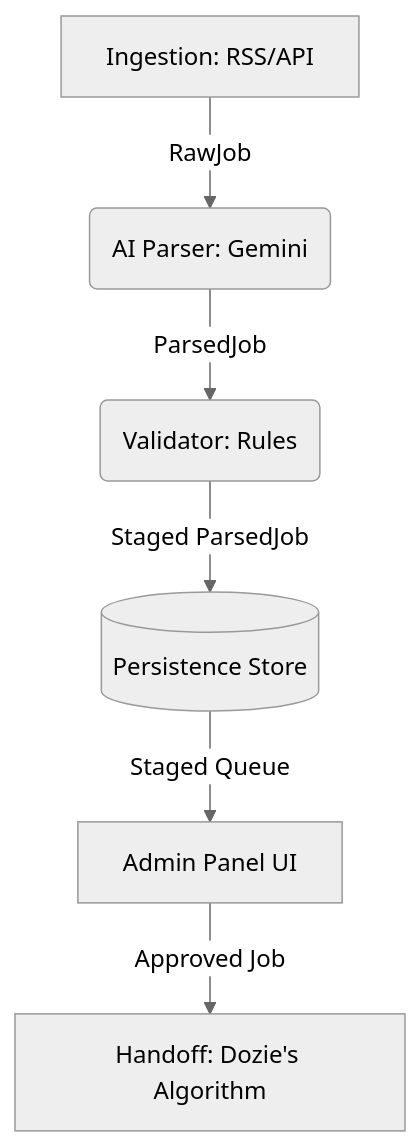
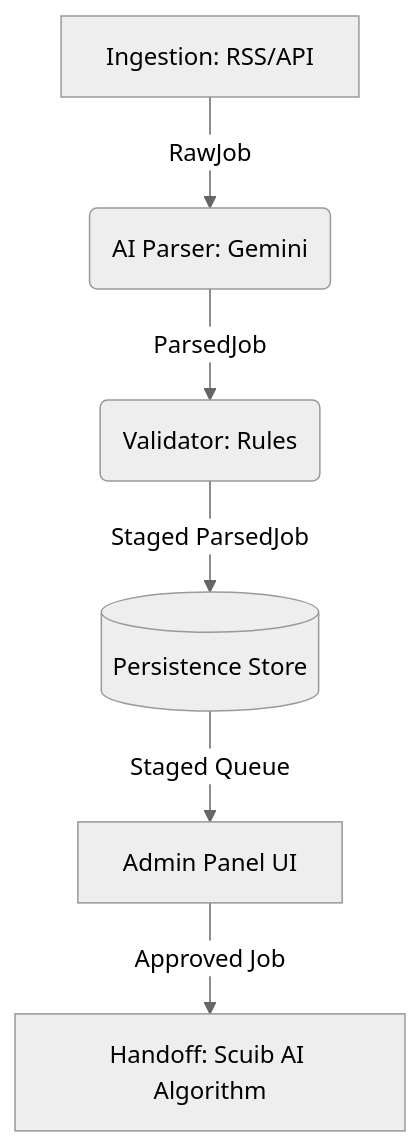
Before and after one commit to Scuib/ScuibJobsAi: the diagram in README.md, drawn with Mermaid (neutral theme). The commit also changed other lines of this file, not shown here.

Commit message:
readme update

````diff
--- a/README.md
+++ b/README.md
@@ -11,8 +11,8 @@
 ```mermaid
 graph TD
     A[Ingestion: RSS/API] -->|RawJob| B(AI Parser: Gemini)
     B -->|ParsedJob| C(Validator: Rules)
     C -->|Staged ParsedJob| D[(Persistence Store)]
     D -->|Staged Queue| E[Admin Panel UI]
-    E -->|Approved Job| F[Handoff: Dozie's Algorithm]
+    E -->|Approved Job| F[Handoff: Scuib AI Algorithm]
 ```
````
